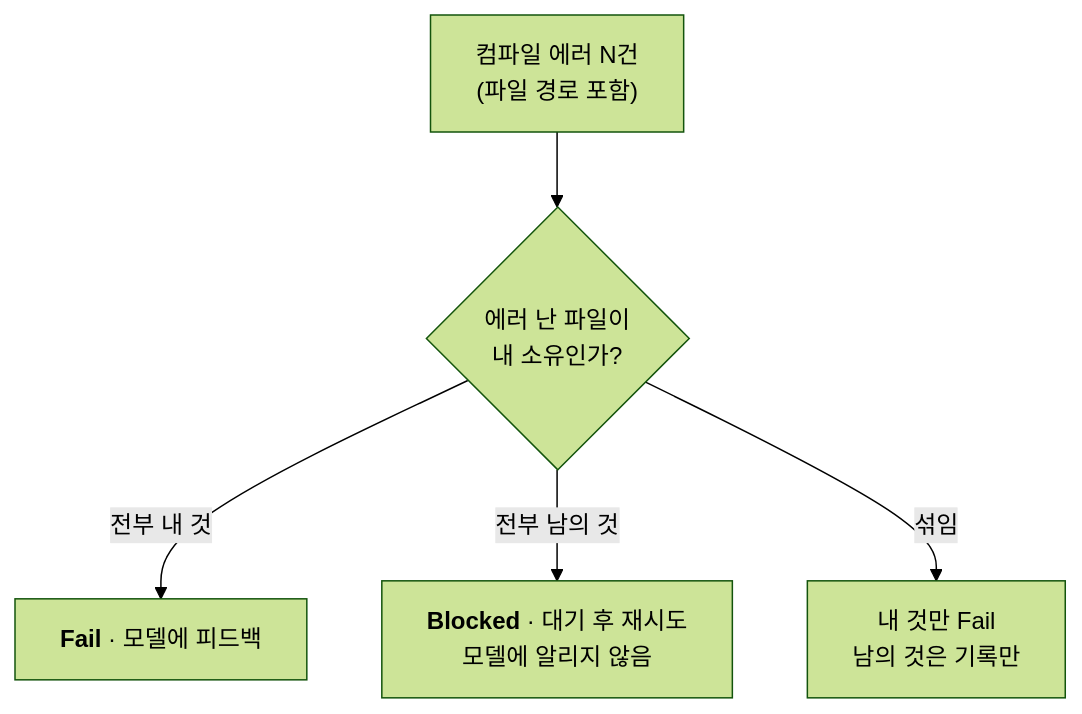
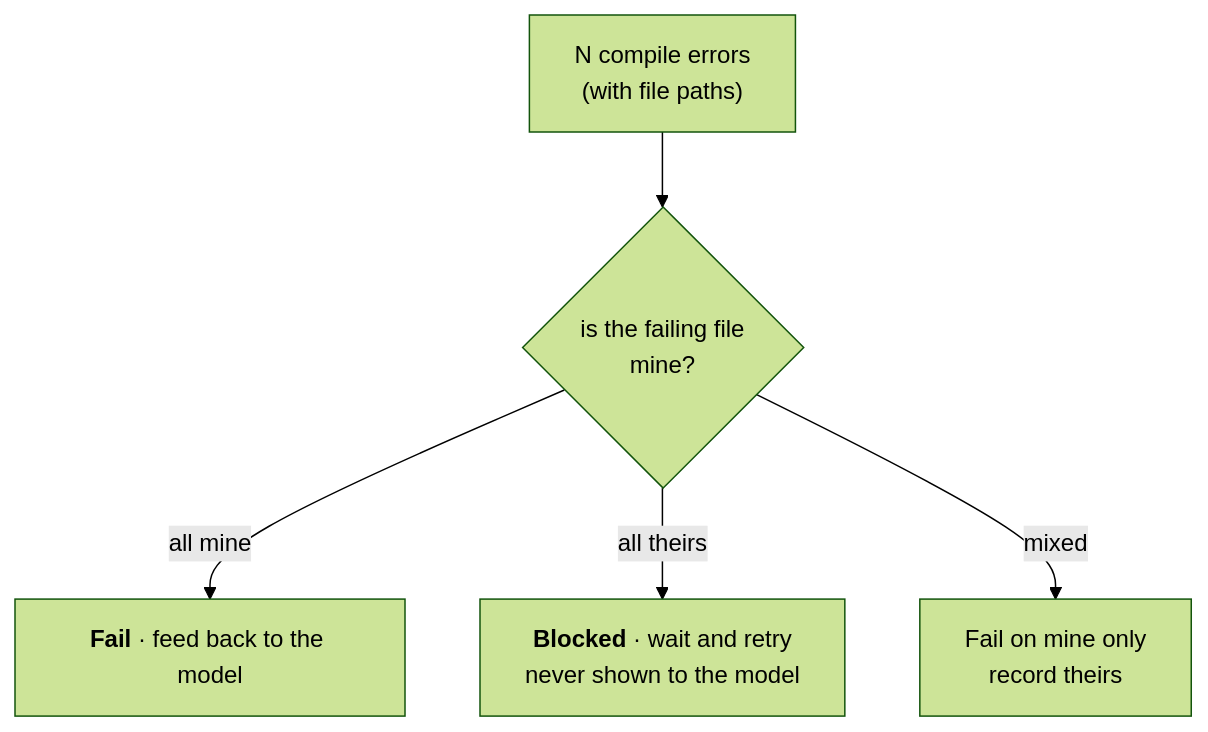
Before and after one commit to SeoBYP/GameDev-AgentLoop: the tenth of 11 diagrams in docs/ARCHITECTURE.md, drawn with Mermaid (forest theme). The commit also changed other lines of this file and 21 other files, not shown here.

First line of the commit message:
오픈소스화 3단계 — 런타임 출력 영어 통일 + ARCHITECTURE 영어판

````diff
--- a/docs/ARCHITECTURE.md
+++ b/docs/ARCHITECTURE.md
@@ -593,7 +609,7 @@
 ```mermaid
 flowchart TB
-    E["컴파일 에러 N건<br/>(파일 경로 포함)"] --> Q{"에러 난 파일이<br/>내 소유인가?"}
-    Q -->|"전부 내 것"| F["<b>Fail</b> · 모델에 피드백"]
-    Q -->|"전부 남의 것"| B["<b>Blocked</b> · 대기 후 재시도<br/>모델에 알리지 않음"]
-    Q -->|"섞임"| M["내 것만 Fail<br/>남의 것은 기록만"]
+    E["N compile errors<br/>(with file paths)"] --> Q{"is the failing file<br/>mine?"}
+    Q -->|"all mine"| F["<b>Fail</b> · feed back to the model"]
+    Q -->|"all theirs"| B["<b>Blocked</b> · wait and retry<br/>never shown to the model"]
+    Q -->|"mixed"| M["Fail on mine only<br/>record theirs"]
 ```
````
